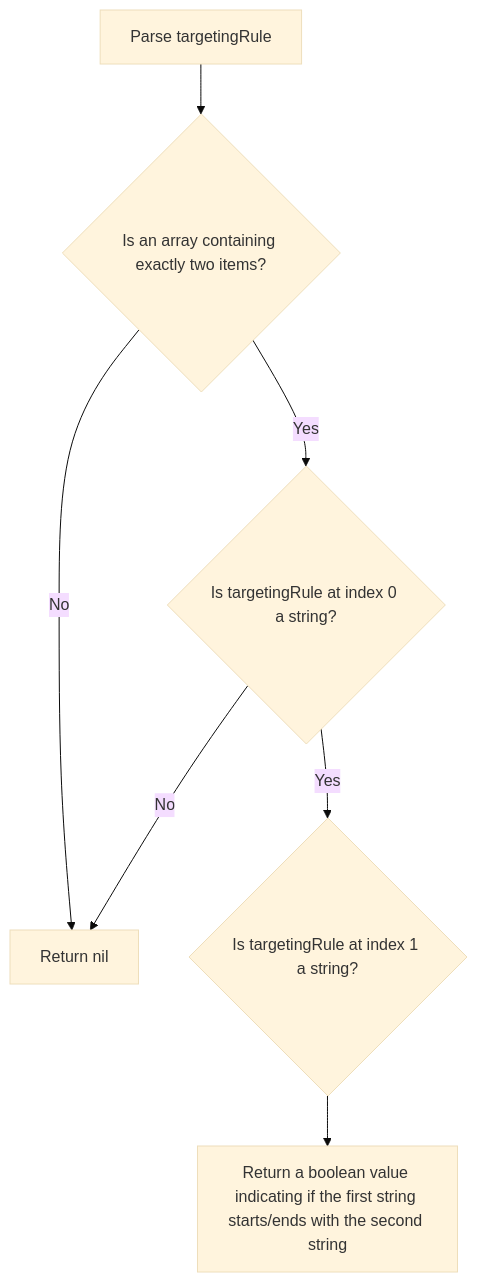
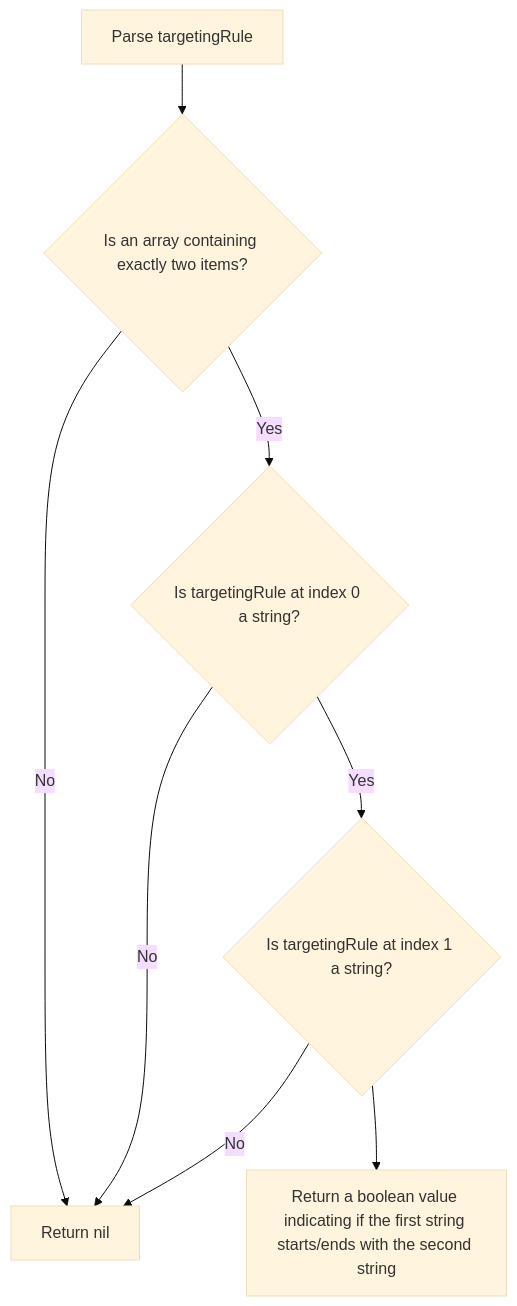
The diagram in docs/other_resources/in-process-providers/evaluators/string_comparison_evaluation.md (open-feature/flagd), drawn with Mermaid (base theme) before and after one commit.

````diff
--- a/docs/other_resources/in-process-providers/evaluators/string_comparison_evaluation.md
+++ b/docs/other_resources/in-process-providers/evaluators/string_comparison_evaluation.md
@@ -31,9 +31,10 @@
 ```mermaid
 flowchart TD
 A[Parse targetingRule] --> B{Is an array containing exactly two items?};
 B -- Yes --> C{Is targetingRule at index 0 a string?};
 B -- No --> D[Return nil];
 C -- Yes --> E{Is targetingRule at index 1 a string?};
 C -- No --> D;
+E -- No --> D;
 E --> F[Return a boolean value indicating if the first string starts/ends with the second string];
 ```
````
